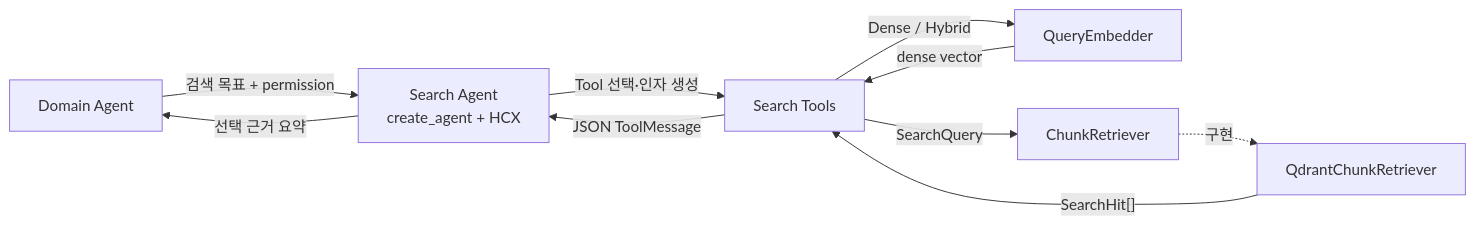
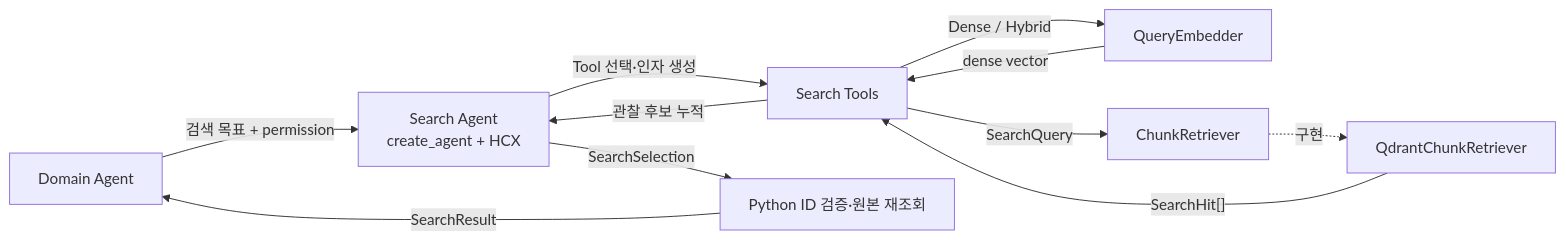
One commit to nayeon653/-ace3 changed the diagram in docs/retrieval/qdrant-search-functions.md. Above: the diagram before and after it, drawn with Mermaid. The commit also changed other lines of this file and 11 other files, not shown here.

````diff
--- a/docs/retrieval/qdrant-search-functions.md
+++ b/docs/retrieval/qdrant-search-functions.md
@@ -42,12 +50,13 @@
 ```mermaid
 flowchart LR
     D["Domain Agent"] -->|"검색 목표 + permission"| S["Search Agent<br/>create_agent + HCX"]
     S -->|"Tool 선택·인자 생성"| T["Search Tools"]
     T -->|"Dense / Hybrid"| E["QueryEmbedder"]
     E -->|"dense vector"| T
     T -->|"SearchQuery"| B["ChunkRetriever"]
     B -. "구현" .-> Q["QdrantChunkRetriever"]
     Q -->|"SearchHit[]"| T
-    T -->|"JSON ToolMessage"| S
-    S -->|"선택 근거 요약"| D
+    T -->|"관찰 후보 누적"| S
+    S -->|"SearchSelection"| V["Python ID 검증·원본 재조회"]
+    V -->|"SearchResult"| D
 ```
````
